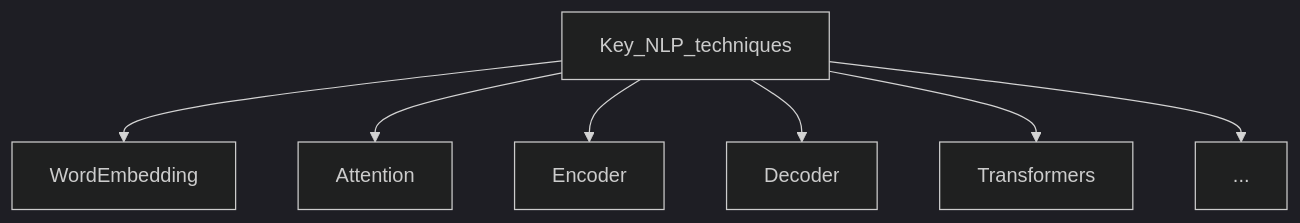
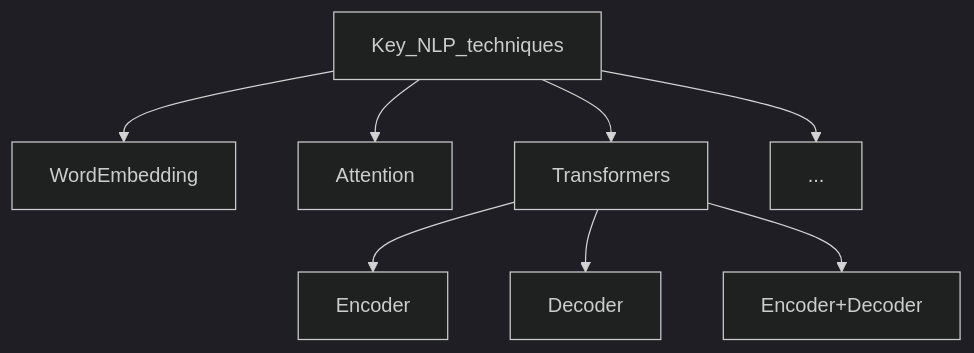
Before and after one commit to Yuliya-HV/nlp-core: the first of 2 diagrams in README.md, drawn with Mermaid (dark theme).

````diff
--- a/README.md
+++ b/README.md
@@ -6,9 +6,10 @@
 ```mermaid
   graph TD;
   Key_NLP_techniques-->WordEmbedding;
   Key_NLP_techniques-->Attention;
-  Key_NLP_techniques-->Encoder;
-  Key_NLP_techniques-->Decoder;
   Key_NLP_techniques-->Transformers;
+  Transformers-->Encoder;
+  Transformers-->Decoder;
+  Transformers-->Encoder+Decoder;
   Key_NLP_techniques-->...;
 ```
````
